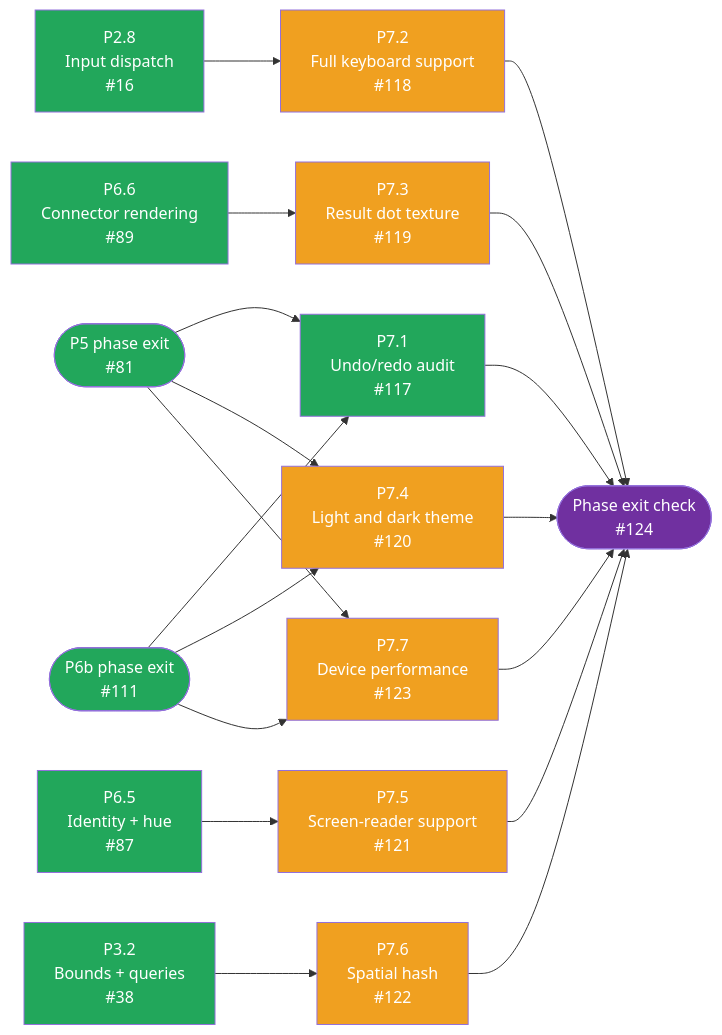
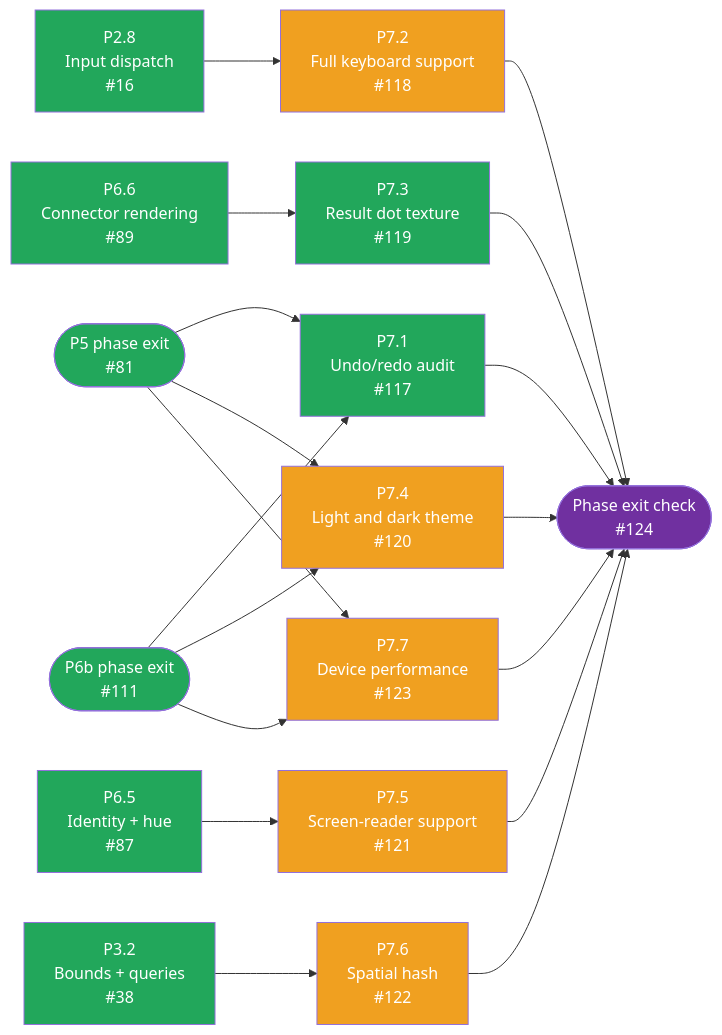
The seventh of 7 diagrams in docs/DEVELOPMENT_PLAN.md (tousifosman/CalcMind), drawn with Mermaid before and after one commit. The commit also changed other lines of this file and 7 other files, not shown here.

````diff
--- a/docs/DEVELOPMENT_PLAN.md
+++ b/docs/DEVELOPMENT_PLAN.md
@@ -1318,51 +1318,51 @@
 ```mermaid
 flowchart LR
     P5EXIT(["P5 phase exit<br/>#81"])
     P6bEXIT(["P6b phase exit<br/>#111"])
     P28["P2.8<br/>Input dispatch<br/>#16"]
     P32["P3.2<br/>Bounds + queries<br/>#38"]
     P65["P6.5<br/>Identity + hue<br/>#87"]
     P66["P6.6<br/>Connector rendering<br/>#89"]
     P71["P7.1<br/>Undo/redo audit<br/>#117"]
     P72["P7.2<br/>Full keyboard support<br/>#118"]
     P73["P7.3<br/>Result dot texture<br/>#119"]
     P74["P7.4<br/>Light and dark theme<br/>#120"]
     P75["P7.5<br/>Screen-reader support<br/>#121"]
     P76["P7.6<br/>Spatial hash<br/>#122"]
     P77["P7.7<br/>Device performance<br/>#123"]
     EXIT(["Phase exit check<br/>#124"])
 
     P5EXIT --> P71
     P6bEXIT --> P71
     P28 --> P72
     P66 --> P73
     P5EXIT --> P74
     P6bEXIT --> P74
     P65 --> P75
     P32 --> P76
     P5EXIT --> P77
     P6bEXIT --> P77
 
     P71 --> EXIT
     P72 --> EXIT
     P73 --> EXIT
     P74 --> EXIT
     P75 --> EXIT
     P76 --> EXIT
     P77 --> EXIT
 
     style P5EXIT fill:#22A75B,color:#fff
     style P6bEXIT fill:#22A75B,color:#fff
     style P28 fill:#22A75B,color:#fff
     style P32 fill:#22A75B,color:#fff
     style P65 fill:#22A75B,color:#fff
     style P66 fill:#22A75B,color:#fff
     style P71 fill:#22A75B,color:#fff
     style P72 fill:#F0A020,color:#fff
-    style P73 fill:#F0A020,color:#fff
+    style P73 fill:#22A75B,color:#fff
     style P74 fill:#F0A020,color:#fff
     style P75 fill:#F0A020,color:#fff
     style P76 fill:#F0A020,color:#fff
     style P77 fill:#F0A020,color:#fff
     style EXIT fill:#7030A0,color:#fff
 ```
````
